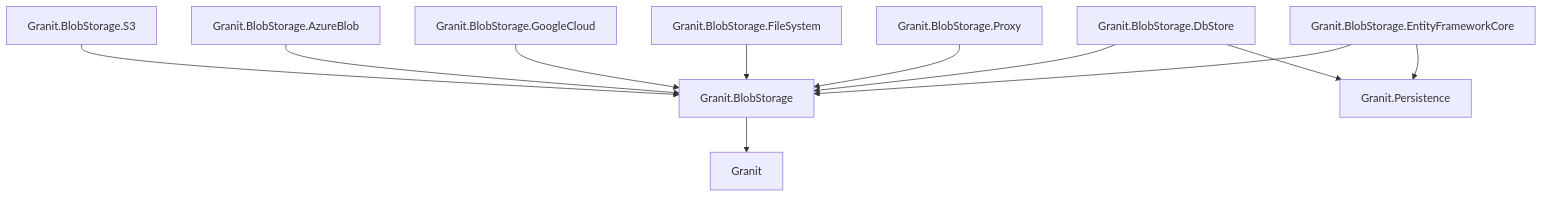
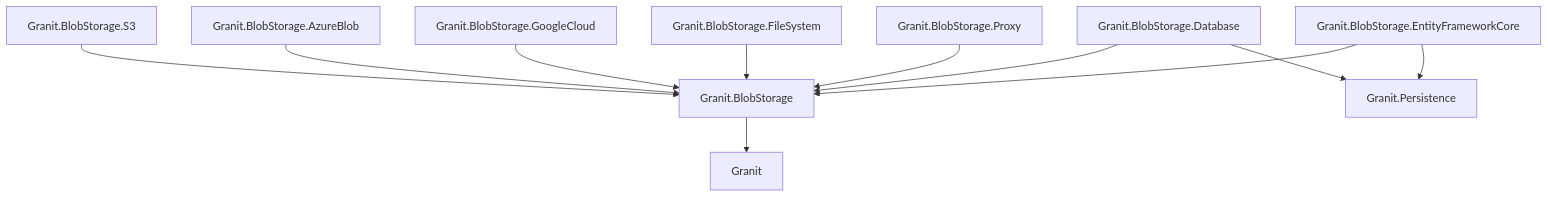
Before and after one commit to granit-fx/granit-docs: the first of 4 diagrams in src/content/docs/dotnet/data/blob-storage.mdx, drawn with Mermaid. The commit also changed other lines of this file and 10 other files, not shown here.

````diff
--- a/src/content/docs/dotnet/data/blob-storage.mdx
+++ b/src/content/docs/dotnet/data/blob-storage.mdx
@@ -79,13 +79,13 @@
 ```mermaid
 graph TD
     BS[Granit.BlobStorage] --> CO[Granit]
     S3[Granit.BlobStorage.S3] --> BS
     AZ[Granit.BlobStorage.AzureBlob] --> BS
     GC[Granit.BlobStorage.GoogleCloud] --> BS
     FS[Granit.BlobStorage.FileSystem] --> BS
-    DB[Granit.BlobStorage.DbStore] --> BS
+    DB[Granit.BlobStorage.Database] --> BS
     DB --> P[Granit.Persistence]
     PX[Granit.BlobStorage.Proxy] --> BS
     EF[Granit.BlobStorage.EntityFrameworkCore] --> BS
     EF --> P
 ```
````
